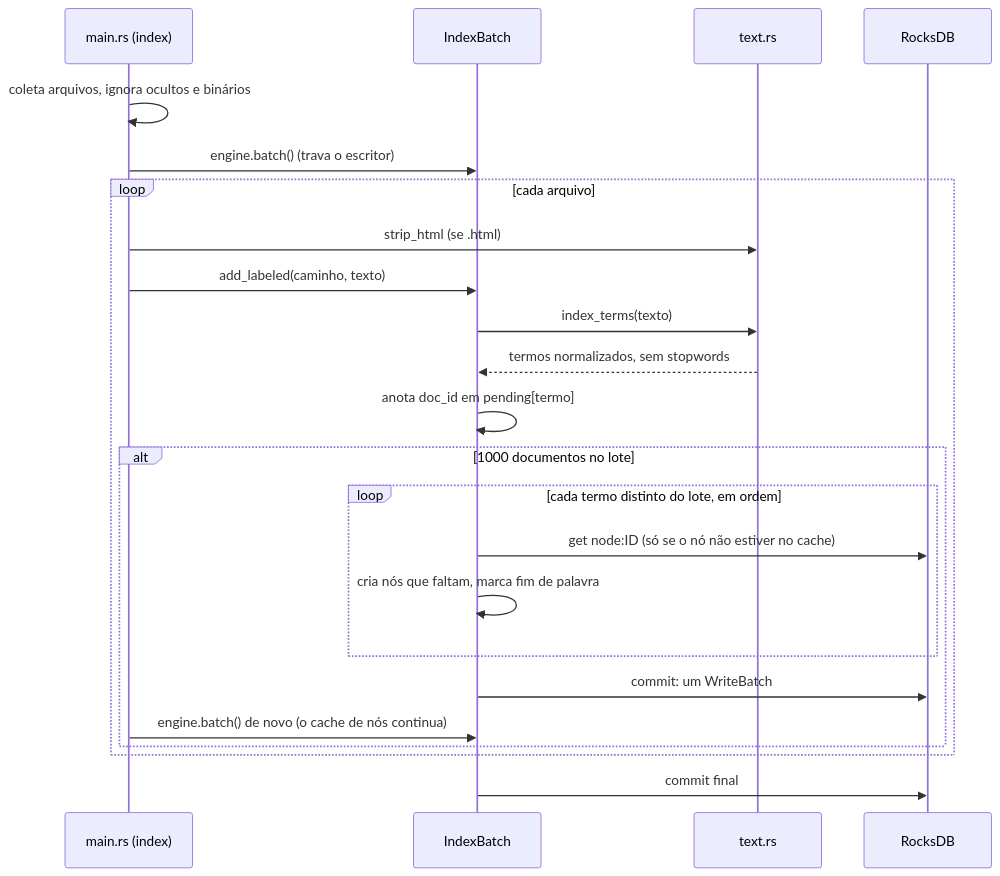
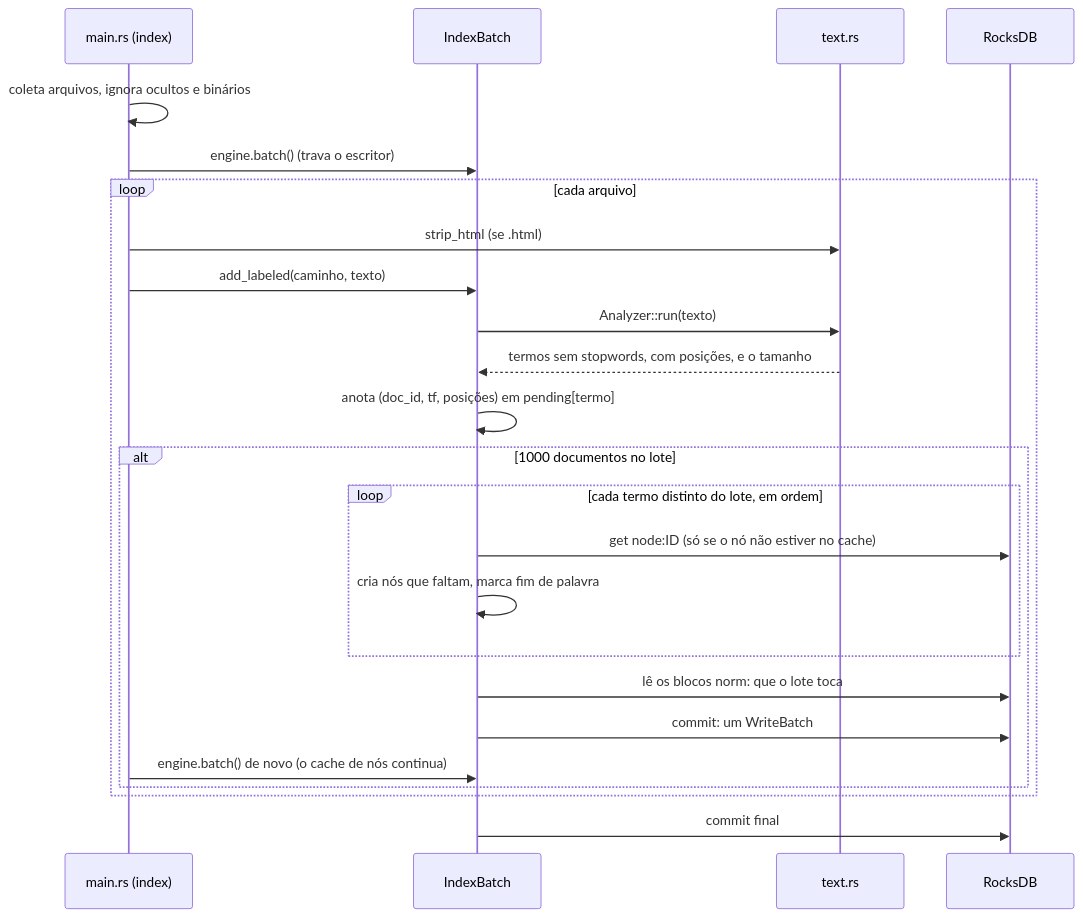
Before and after one commit to evertondays/fire-flower: the sixth of 9 diagrams in docs/como-funciona.md, drawn with Mermaid. The commit also changed other lines of this file and 22 other files, not shown here.

````diff
--- a/docs/como-funciona.md
+++ b/docs/como-funciona.md
@@ -330,26 +366,27 @@
 ```mermaid
 sequenceDiagram
     participant CLI as main.rs (index)
     participant B as IndexBatch
     participant T as text.rs
     participant DB as RocksDB
 
     CLI->>CLI: coleta arquivos, ignora ocultos e binários
     CLI->>B: engine.batch() (trava o escritor)
     loop cada arquivo
         CLI->>T: strip_html (se .html)
         CLI->>B: add_labeled(caminho, texto)
-        B->>T: index_terms(texto)
-        T-->>B: termos normalizados, sem stopwords
-        B->>B: anota doc_id em pending[termo]
+        B->>T: Analyzer::run(texto)
+        T-->>B: termos sem stopwords, com posições, e o tamanho
+        B->>B: anota (doc_id, tf, posições) em pending[termo]
         alt 1000 documentos no lote
             loop cada termo distinto do lote, em ordem
                 B->>DB: get node:ID (só se o nó não estiver no cache)
                 B->>B: cria nós que faltam, marca fim de palavra
             end
+            B->>DB: lê os blocos norm: que o lote toca
             B->>DB: commit: um WriteBatch
             CLI->>B: engine.batch() de novo (o cache de nós continua)
         end
     end
     B->>DB: commit final
 ```
````
